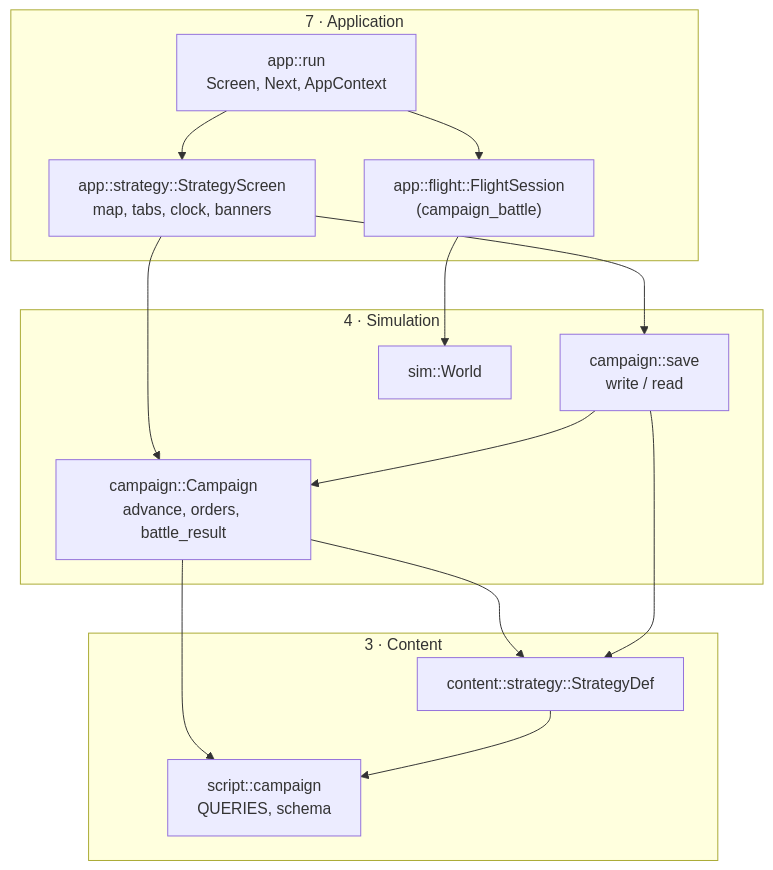
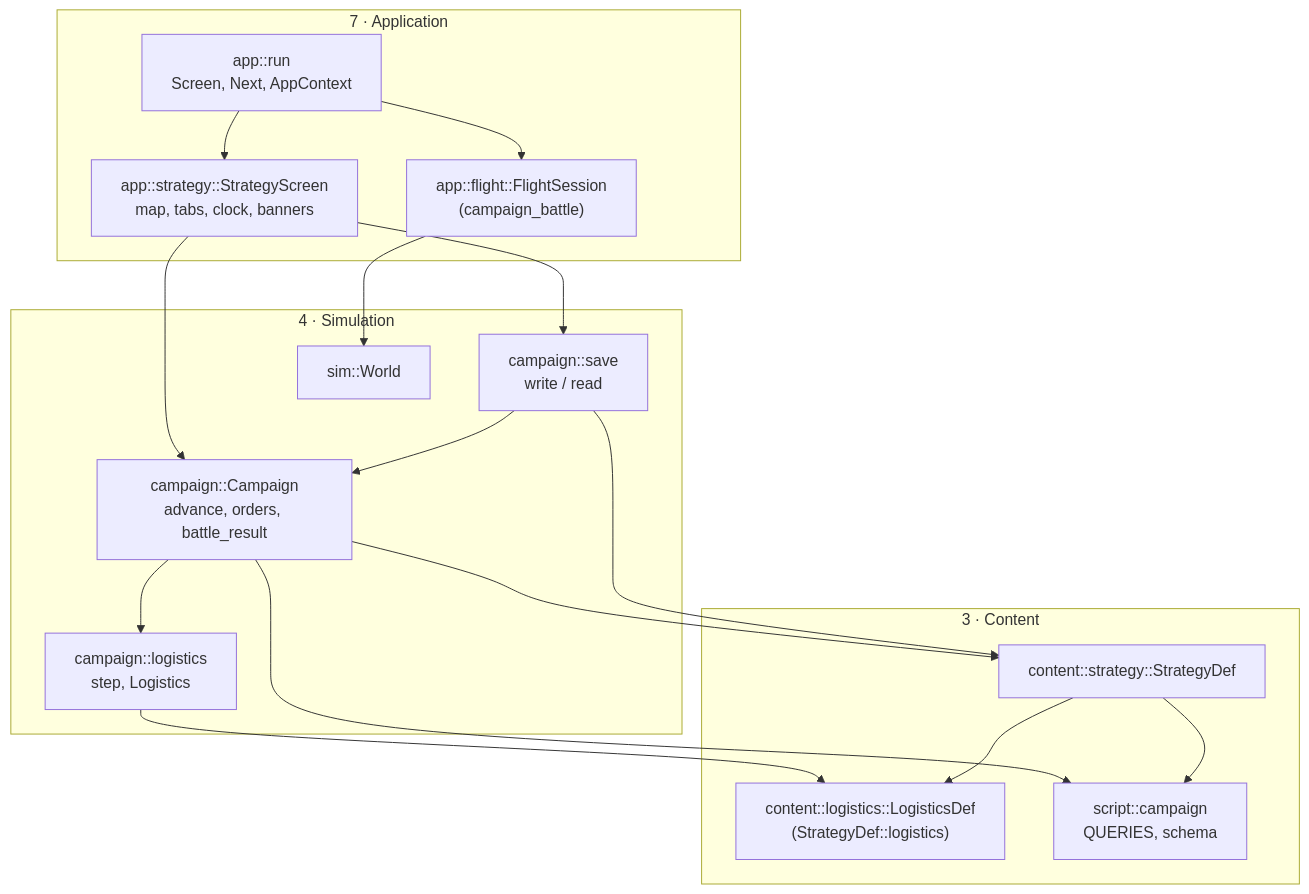
The first of 6 diagrams in docs/implementation/architecture/campaign.md (bbogovich/OpenInterceptor), drawn with Mermaid before and after one commit. The commit also changed other lines of this file and 29 other files, not shown here.

````diff
--- a/docs/implementation/architecture/campaign.md
+++ b/docs/implementation/architecture/campaign.md
@@ -18,23 +19,26 @@
 ```mermaid
 flowchart TB
     subgraph APP["7 · Application"]
         ST["app::strategy::StrategyScreen<br/>map, tabs, clock, banners"]
         FL["app::flight::FlightSession<br/>(campaign_battle)"]
         AM["app::run<br/>Screen, Next, AppContext"]
     end
     subgraph SIM["4 · Simulation"]
         CA["campaign::Campaign<br/>advance, orders, battle_result"]
+        LG["campaign::logistics<br/>step, Logistics"]
         SV["campaign::save<br/>write / read"]
         W["sim::World"]
     end
     subgraph CON["3 · Content"]
         SD["content::strategy::StrategyDef"]
+        LD["content::logistics::LogisticsDef<br/>(StrategyDef::logistics)"]
         SC["script::campaign<br/>QUERIES, schema"]
     end
     ST --> CA & SV
     AM --> ST & FL
     FL --> W
-    CA --> SD & SC
+    CA --> SD & SC & LG
+    LG --> LD
     SV --> CA & SD
-    SD --> SC
+    SD --> SC & LD
 ```
````
